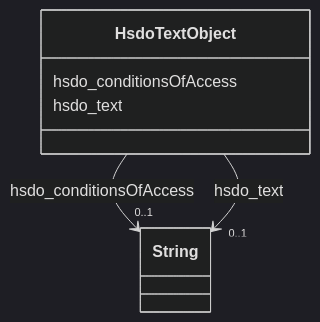
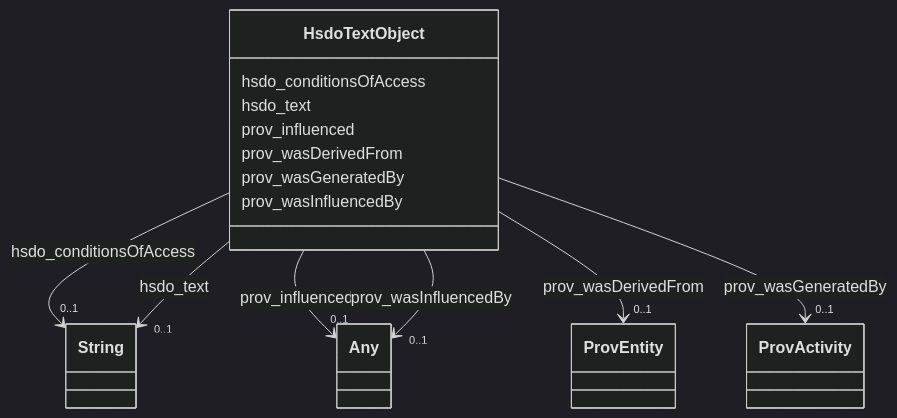
Before and after one commit to frink-okn/graph-descriptions: the diagram in dream-kg/classes/HsdoTextObject.md, drawn with Mermaid (dark theme). The commit also changed other lines of this file and 47 other files, not shown here.

````diff
--- a/dream-kg/classes/HsdoTextObject.md
+++ b/dream-kg/classes/HsdoTextObject.md
@@ -19,24 +19,60 @@
 ```mermaid
  classDiagram
     class HsdoTextObject
     click HsdoTextObject href "../HsdoTextObject"
       HsdoTextObject : hsdo_conditionsOfAccess
         
           
     
     
     HsdoTextObject --> "0..1" String : hsdo_conditionsOfAccess
     click String href "../String"
 
         
       HsdoTextObject : hsdo_text
         
           
     
     
     HsdoTextObject --> "0..1" String : hsdo_text
     click String href "../String"
 
         
+      HsdoTextObject : prov_influenced
+        
+          
+    
+    
+    HsdoTextObject --> "0..1" Any : prov_influenced
+    click Any href "../Any"
+
+        
+      HsdoTextObject : prov_wasDerivedFrom
+        
+          
+    
+    
+    HsdoTextObject --> "0..1" ProvEntity : prov_wasDerivedFrom
+    click ProvEntity href "../ProvEntity"
+
+        
+      HsdoTextObject : prov_wasGeneratedBy
+        
+          
+    
+    
+    HsdoTextObject --> "0..1" ProvActivity : prov_wasGeneratedBy
+    click ProvActivity href "../ProvActivity"
+
+        
+      HsdoTextObject : prov_wasInfluencedBy
+        
+          
+    
+    
+    HsdoTextObject --> "0..1" Any : prov_wasInfluencedBy
+    click Any href "../Any"
+
+        
       
 ```
````
